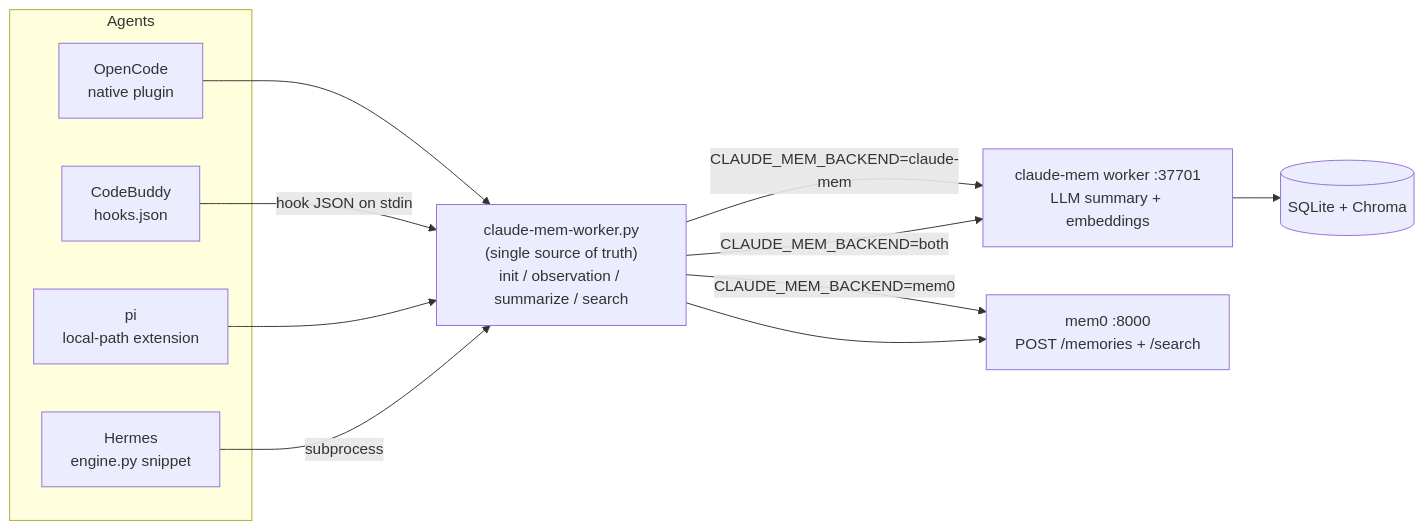
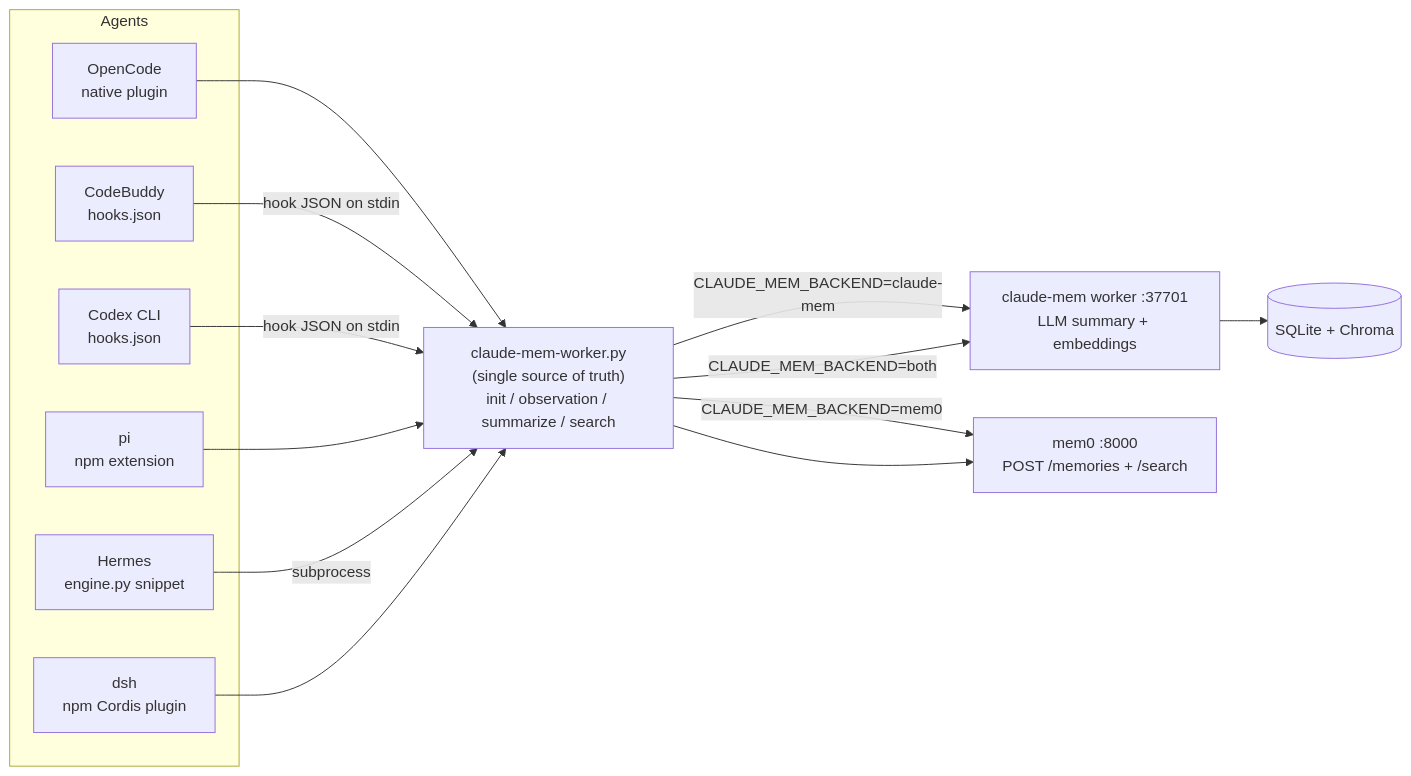
Before and after one commit to camplus360/agent-memory-bridge: the diagram in README.md, drawn with Mermaid. The commit also changed other lines of this file and 11 other files, not shown here.

First line of the commit message:
feat(codex): add Codex CLI hook adapter with trust-aware installer + docs/tests

````diff
--- a/README.md
+++ b/README.md
@@ -54,23 +55,27 @@
 ```mermaid
 flowchart LR
     subgraph Agents
         OC[OpenCode<br/>native plugin]
         CB[CodeBuddy<br/>hooks.json]
-        PI[pi<br/>local-path extension]
+        CD[Codex CLI<br/>hooks.json]
+        PI[pi<br/>npm extension]
         HM[Hermes<br/>engine.py snippet]
+        DSH[dsh<br/>npm Cordis plugin]
     end
 
     OC --> W
     CB -->|hook JSON on stdin| W
+    CD -->|hook JSON on stdin| W
     PI --> W
     HM -->|subprocess| W
+    DSH --> W
 
     W["claude-mem-worker.py<br/>(single source of truth)<br/>init / observation / summarize / search"]
 
     W -->|CLAUDE_MEM_BACKEND=claude-mem| CM["claude-mem worker :37701<br/>LLM summary + embeddings"]
     W -->|CLAUDE_MEM_BACKEND=mem0| M0["mem0 :8000<br/>POST /memories + /search"]
     W -->|CLAUDE_MEM_BACKEND=both| CM
     W --> M0
 
     CM --> DB[("SQLite + Chroma")]
 ```
````
